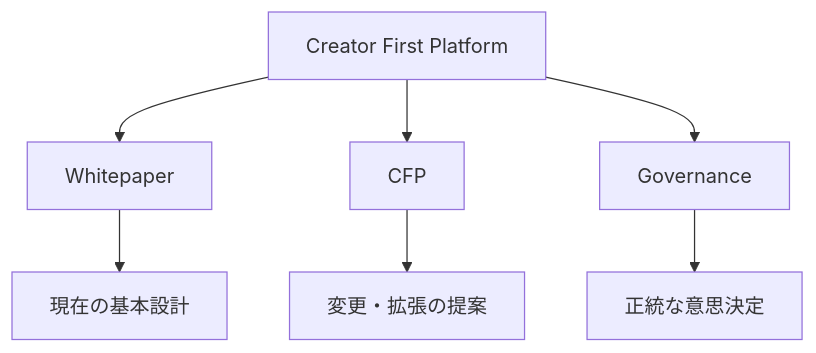
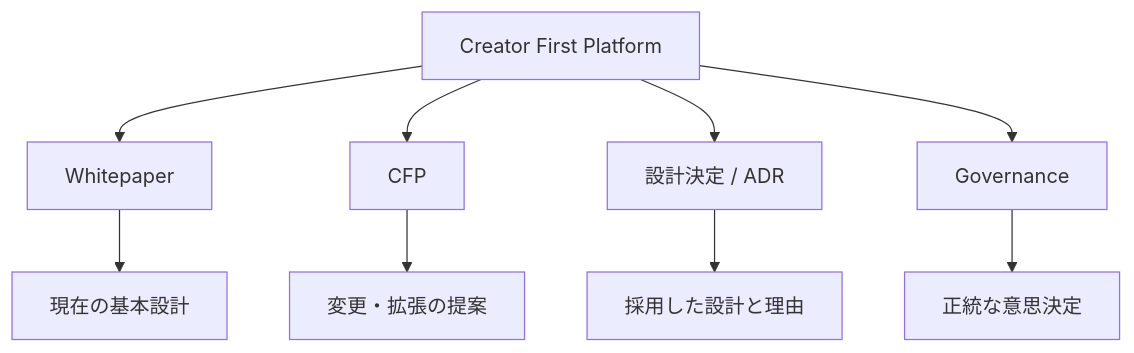
One commit to ShigeichiroYamasaki/creator-first-platform changed the third of 4 diagrams in docs/index.md. Above: the diagram before and after it, drawn with Mermaid. The commit also changed other lines of this file and 2 other files, not shown here.

````diff
--- a/docs/index.md
+++ b/docs/index.md
@@ -107,10 +128,14 @@
 ```mermaid
 flowchart TD
     TOP[Creator First Platform]
+
     TOP --> WP[Whitepaper]
     TOP --> CFP[CFP]
+    TOP --> ADR[設計決定 / ADR]
     TOP --> GOV[Governance]
+
     WP --> CURRENT[現在の基本設計]
     CFP --> CHANGE[変更・拡張の提案]
+    ADR --> DESIGN[採用した設計と理由]
     GOV --> DECISION[正統な意思決定]
 ```
````
